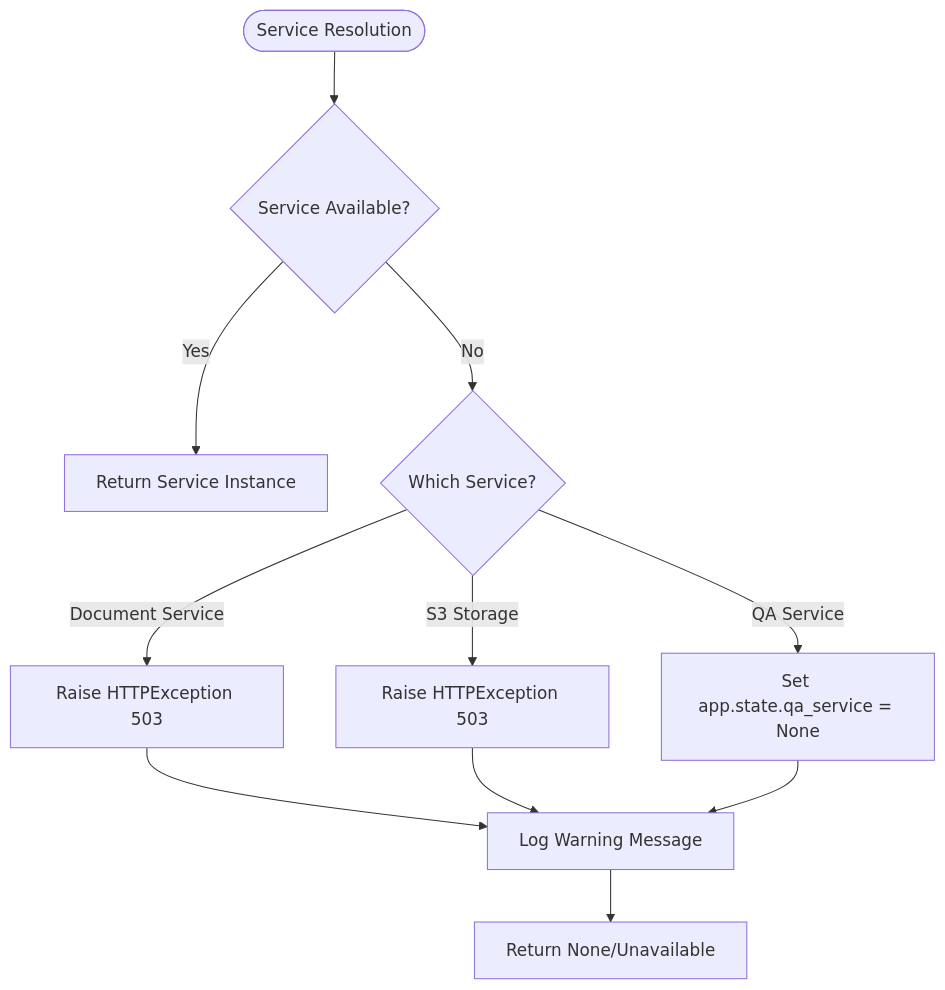
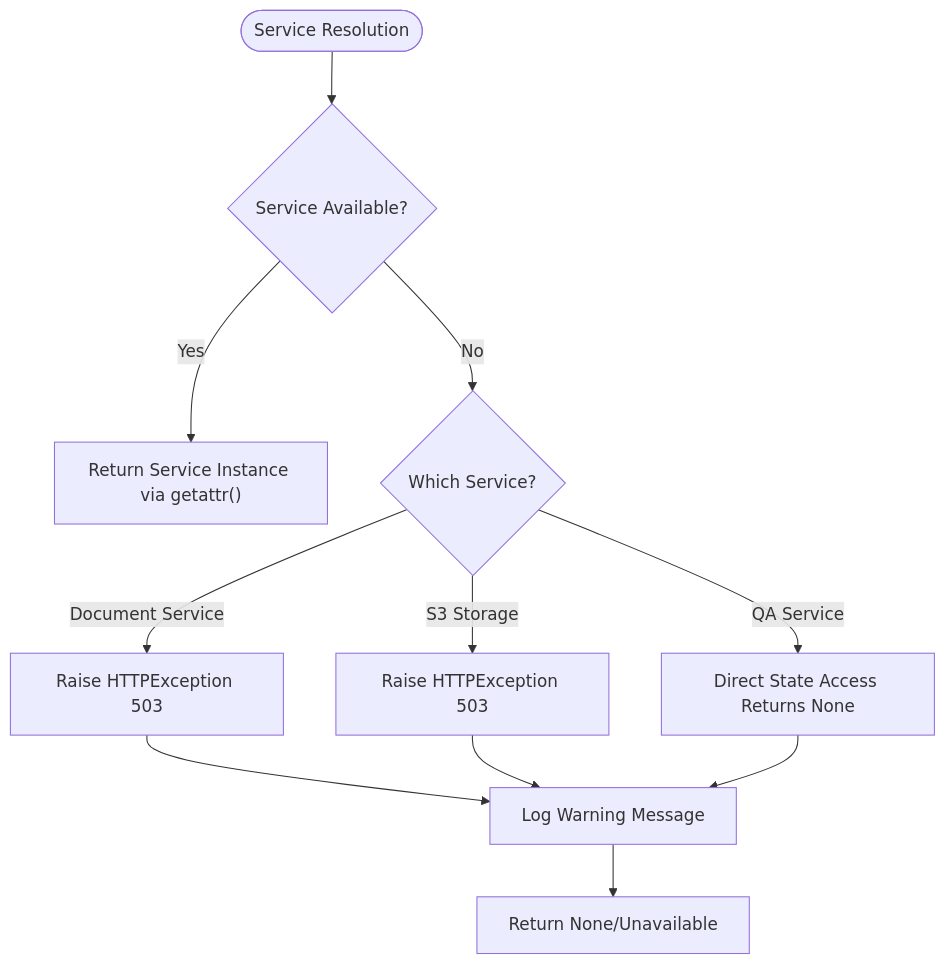
One commit to ognelis/cafetera_hr_bot changed the eighth of 8 diagrams in .qoder/repowiki/en/content/API Reference/Dependency Injection System.md. Above: the diagram before and after it, drawn with Mermaid. The commit also changed other lines of this file and 20 other files, not shown here.

````diff
--- a/.qoder/repowiki/en/content/API Reference/Dependency Injection System.md
+++ b/.qoder/repowiki/en/content/API Reference/Dependency Injection System.md
@@ -539,13 +531,13 @@
 ```mermaid
 flowchart TD
 Start([Service Resolution]) --> CheckAvailable{"Service Available?"}
-CheckAvailable --> |Yes| ReturnService["Return Service Instance"]
+CheckAvailable --> |Yes| ReturnService["Return Service Instance via getattr()"]
 CheckAvailable --> |No| CheckType{"Which Service?"}
 CheckType --> |Document Service| RaiseDocError["Raise HTTPException 503"]
-CheckType --> |QA Service| SetToNone["Set app.state.qa_service = None"]
+CheckType --> |QA Service| SetToNone["Direct State Access Returns None"]
 CheckType --> |S3 Storage| RaiseS3Error["Raise HTTPException 503"]
 RaiseDocError --> LogWarning["Log Warning Message"]
 RaiseS3Error --> LogWarning
 SetToNone --> LogWarning
 LogWarning --> ReturnNone["Return None/Unavailable"]
 ```
````
